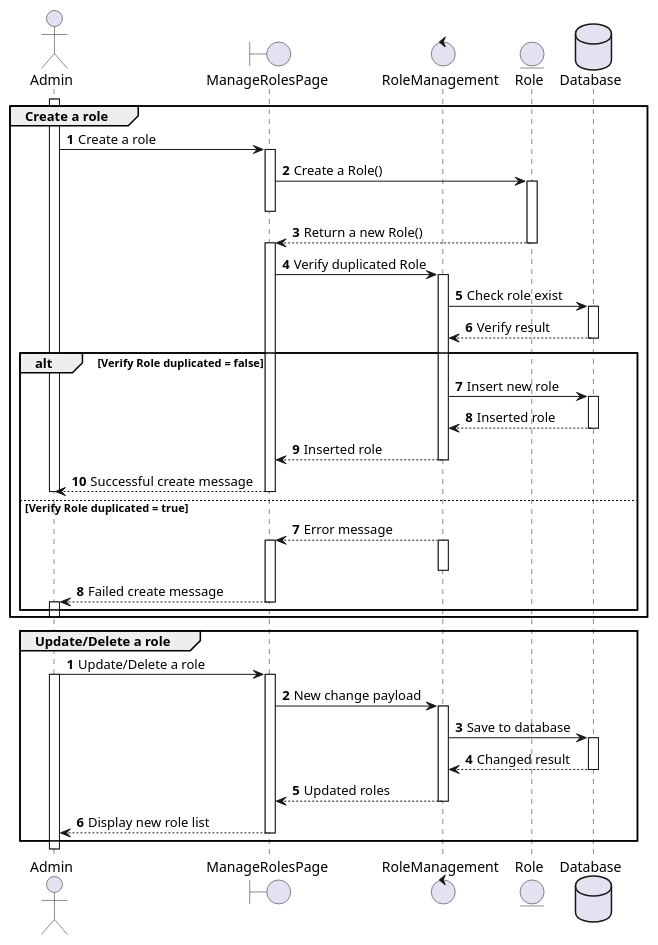
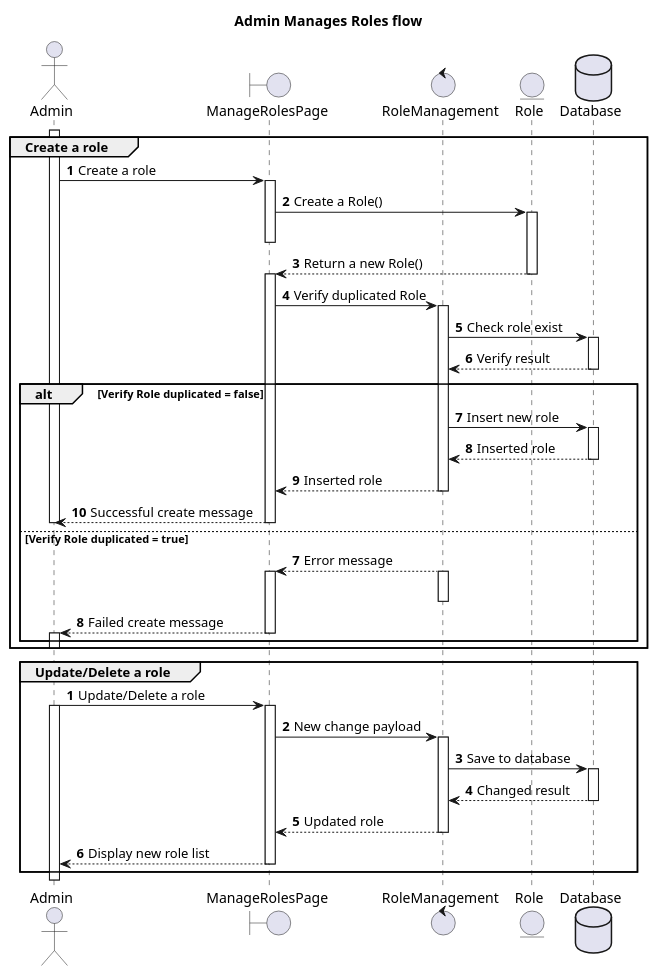
One commit to duymai1612/final-oosd-project changed the diagram in manageRoles.puml. Above: the diagram before and after it, drawn with PlantUML. The commit also changed 19 other files, not shown here.

Commit message:
finish all sequence diagrams

```diff
--- a/manageRoles.puml
+++ b/manageRoles.puml
@@ -1,68 +1,70 @@
 @startuml Manage Roles flow
+
+title Admin Manages Roles flow
 
 actor Admin
 boundary ManageRolesPage
 control RoleManagement
 entity Role
 database Database
 
 group Create a role
   autonumber
   activate Admin
   Admin -> ManageRolesPage: Create a role
   activate ManageRolesPage
   ManageRolesPage -> Role: Create a Role()
   activate Role
   deactivate ManageRolesPage
   Role --> ManageRolesPage: Return a new Role()
   deactivate Role
   activate ManageRolesPage
   ManageRolesPage -> RoleManagement: Verify duplicated Role
   activate RoleManagement
   RoleManagement -> Database: Check role exist
   activate Database
   Database --> RoleManagement: Verify result
   deactivate Database
 
   alt Verify Role duplicated = false
     RoleManagement -> Database: Insert new role
     activate Database
     Database --> RoleManagement: Inserted role
     deactivate Database
     RoleManagement --> ManageRolesPage: Inserted role
     deactivate RoleManagement
     ManageRolesPage --> Admin: Successful create message
     deactivate ManageRolesPage
     deactivate Admin
   else Verify Role duplicated = true
     autonumber 7
     RoleManagement --> ManageRolesPage: Error message
     activate RoleManagement
     deactivate RoleManagement
     activate ManageRolesPage
     ManageRolesPage --> Admin: Failed create message
     deactivate ManageRolesPage
     activate Admin
     deactivate Admin
   end
   deactivate Admin
 end
 
 group Update/Delete a role
   autonumber
   Admin -> ManageRolesPage: Update/Delete a role
   activate Admin
   activate ManageRolesPage
   ManageRolesPage -> RoleManagement: New change payload
   activate RoleManagement
   RoleManagement -> Database: Save to database
   activate Database
   Database --> RoleManagement: Changed result
   deactivate Database
-  RoleManagement --> ManageRolesPage: Updated roles
+  RoleManagement --> ManageRolesPage: Updated role
   deactivate RoleManagement
   ManageRolesPage --> Admin: Display new role list
   deactivate ManageRolesPage
 end
 
 @enduml
```
